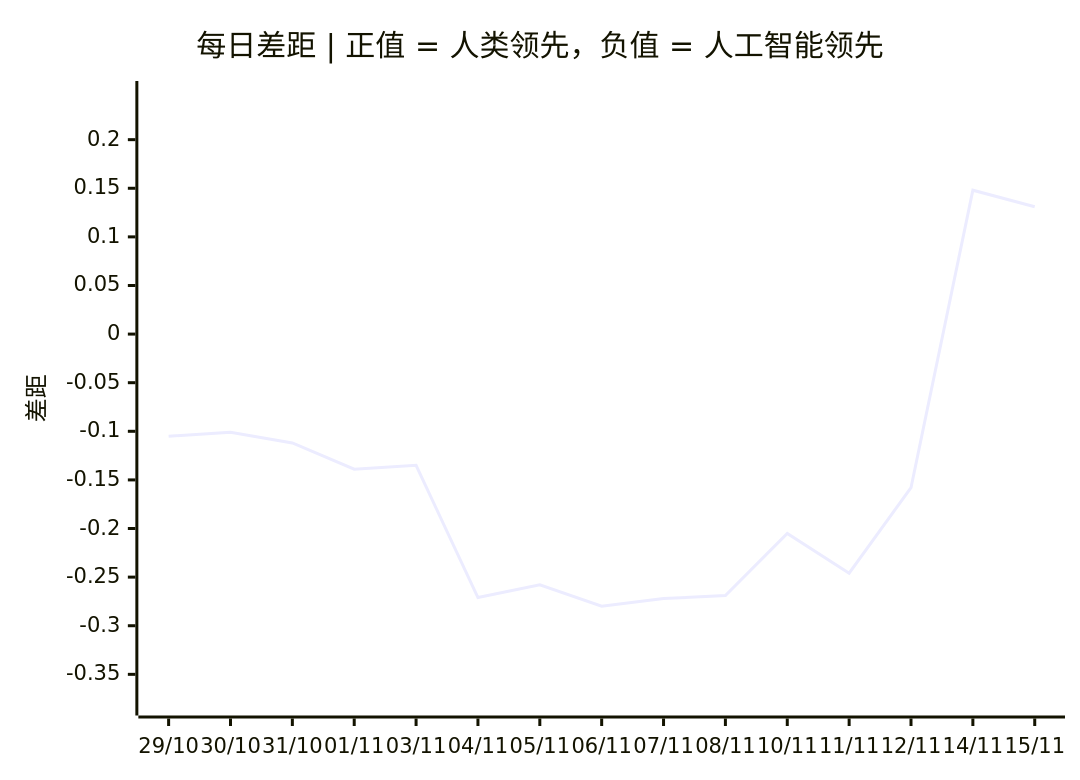
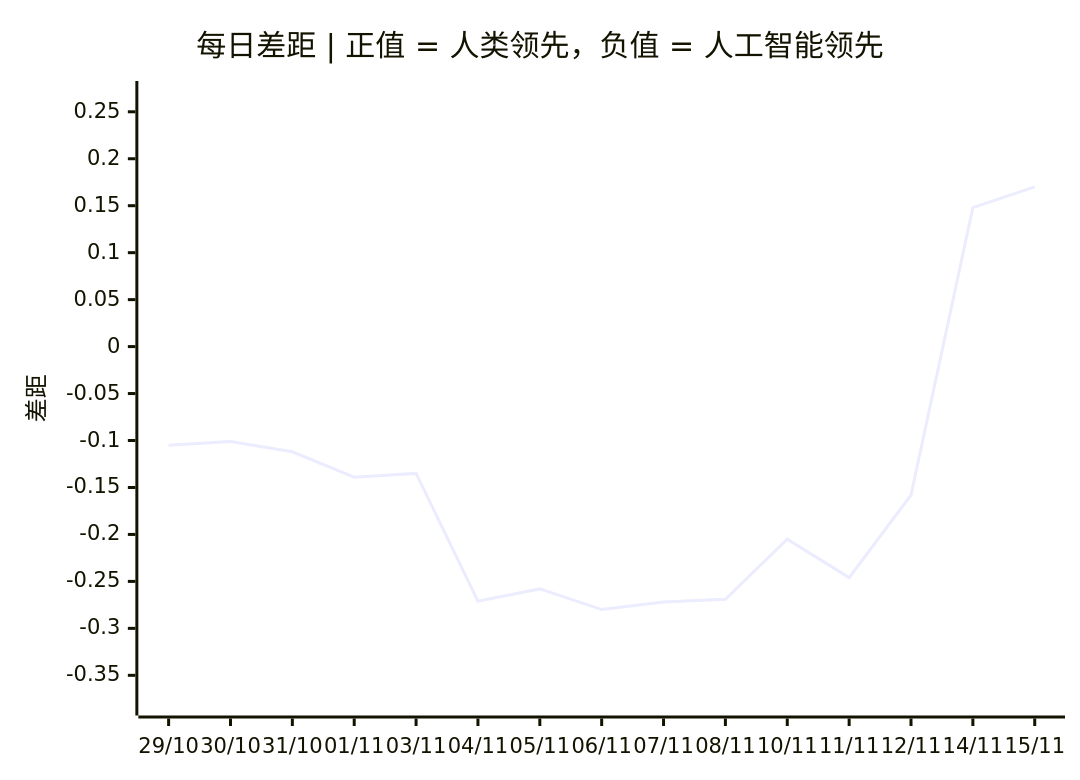
The third of 3 diagrams in README.zh.md (VQQLK/Human-AI-Monitor), drawn with Mermaid before and after one commit. The commit also changed other lines of this file and 2 other files, not shown here.

````diff
--- a/README.zh.md
+++ b/README.zh.md
@@ -56,7 +56,7 @@
 ```mermaid
 xychart-beta
     title "每日差距 | 正值 = 人类领先，负值 = 人工智能领先"
     x-axis ["29/10", "30/10", "31/10", "01/11", "03/11", "04/11", "05/11", "06/11", "07/11", "08/11", "10/11", "11/11", "12/11", "14/11", "15/11"]
-    y-axis "差距" -0.380 --> 0.248
-    line [-0.105, -0.101, -0.112, -0.139, -0.135, -0.271, -0.258, -0.280, -0.272, -0.269, -0.205, -0.246, -0.158, 0.148, 0.131]
+    y-axis "差距" -0.380 --> 0.270
+    line [-0.105, -0.101, -0.112, -0.139, -0.135, -0.271, -0.258, -0.280, -0.272, -0.269, -0.205, -0.246, -0.158, 0.148, 0.170]
 ```
````
